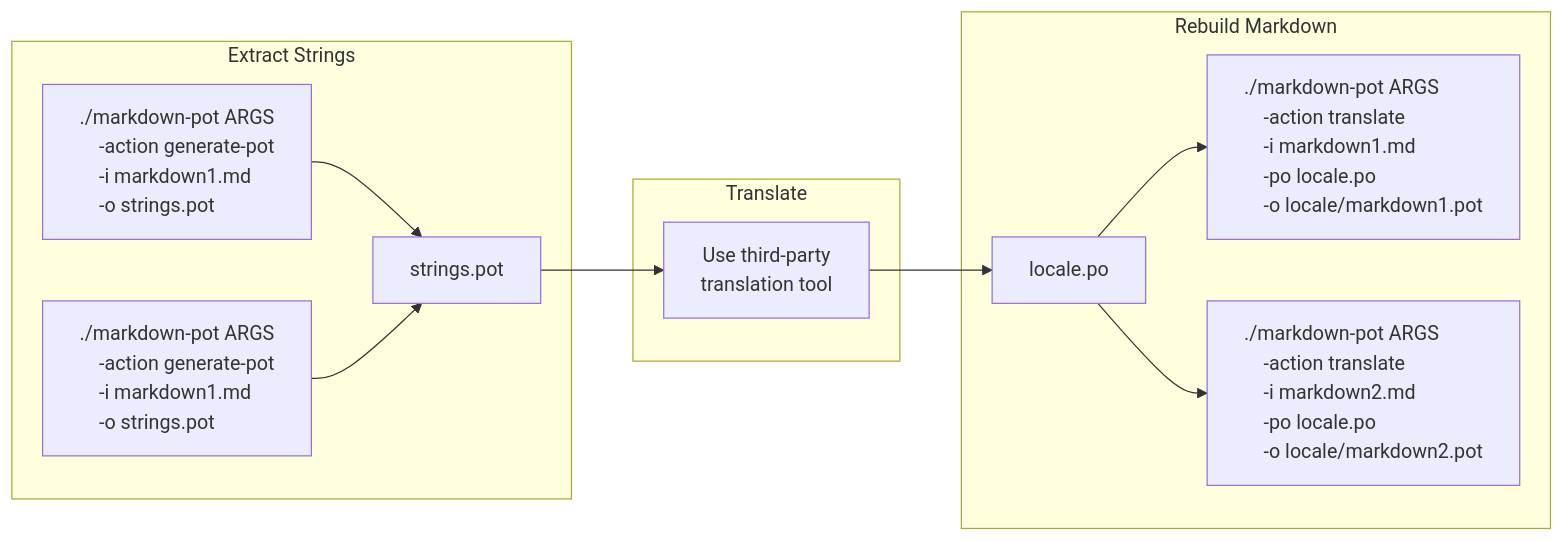
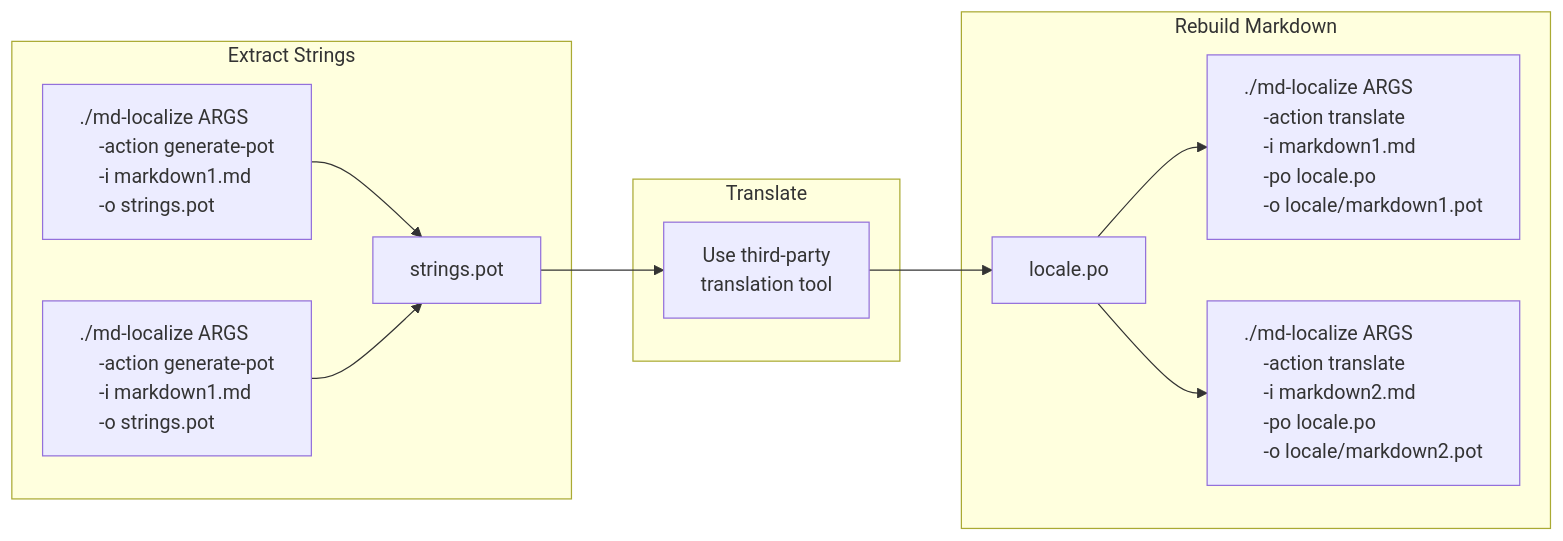
The diagram in README.md (MiguelDomingues/md-localize), drawn with Mermaid before and after one commit. The commit also changed other lines of this file, not shown here.

````diff
--- a/README.md
+++ b/README.md
@@ -12,20 +12,20 @@
 ```mermaid
 flowchart LR
    
     subgraph Rebuild Markdown
-    locale.po-->lmd1[./markdown-pot ARGS<br />    -action translate<br />    -i markdown1.md<br />    -po locale.po<br />    -o locale/markdown1.pot]
-    locale.po-->lmd2[./markdown-pot ARGS<br />    -action translate<br />    -i markdown2.md<br />    -po locale.po<br />    -o locale/markdown2.pot]
+    locale.po-->lmd1[./md-localize ARGS<br />    -action translate<br />    -i markdown1.md<br />    -po locale.po<br />    -o locale/markdown1.pot]
+    locale.po-->lmd2[./md-localize ARGS<br />    -action translate<br />    -i markdown2.md<br />    -po locale.po<br />    -o locale/markdown2.pot]
     style lmd1 text-align:left
     style lmd2 text-align:left
     end
     subgraph Translate
     tr[Use third-party<br />translation tool]-->locale.po
     end
     subgraph Extract Strings
-    md1[./markdown-pot ARGS<br />    -action generate-pot<br />    -i markdown1.md<br />    -o strings.pot]-->strings.pot
-    md2[./markdown-pot ARGS<br />    -action generate-pot<br />    -i markdown1.md<br />    -o strings.pot]-->strings.pot
+    md1[./md-localize ARGS<br />    -action generate-pot<br />    -i markdown1.md<br />    -o strings.pot]-->strings.pot
+    md2[./md-localize ARGS<br />    -action generate-pot<br />    -i markdown1.md<br />    -o strings.pot]-->strings.pot
     style md1 text-align:left
     style md2 text-align:left
     end
     strings.pot-->tr
 ```
````
